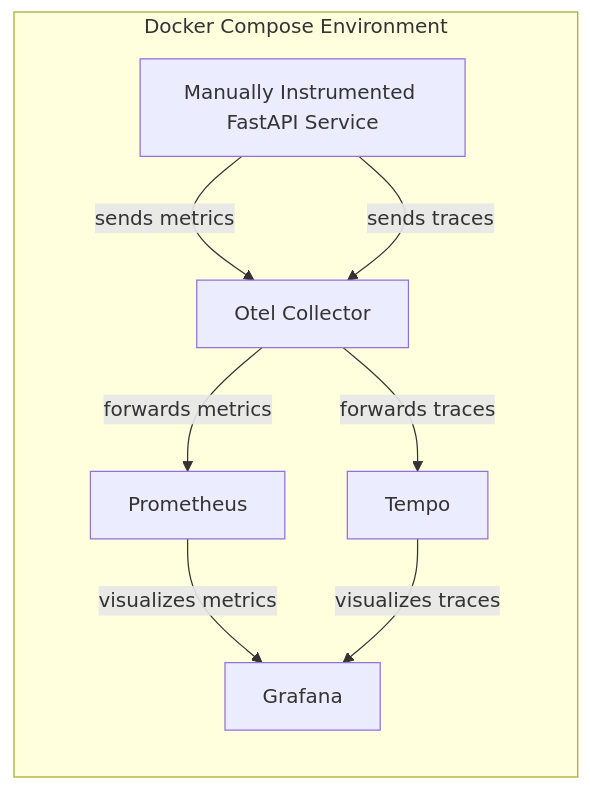
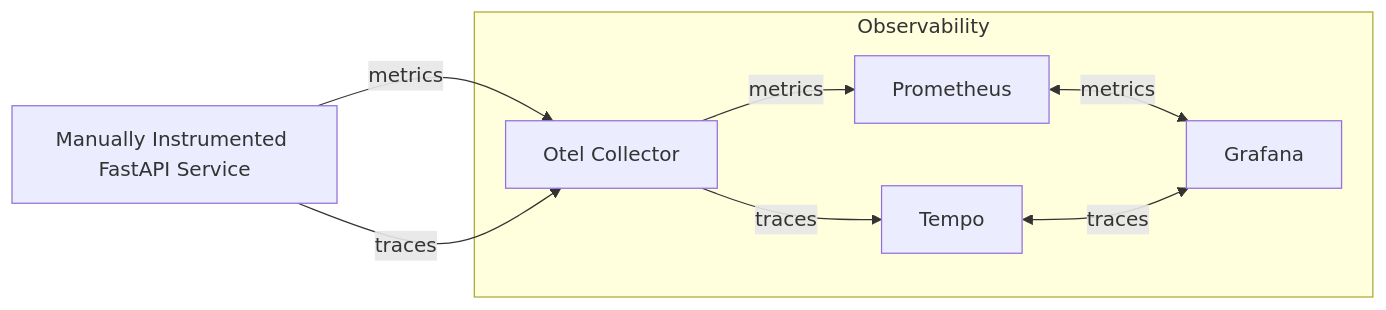
One commit to patex1987/fastapi_otel_prometheus_grafana_poc changed the diagram in documentation_assets/service_architecture.mmd. Above: the diagram before and after it, drawn with Mermaid. The commit also changed 1 other file, not shown here.

Commit message:
architecture schema updated

```diff
--- a/documentation_assets/service_architecture.mmd
+++ b/documentation_assets/service_architecture.mmd
@@ -1,15 +1,17 @@
 flowchart LR
-    subgraph "Docker Compose Environment"
+
       FA[Manually Instrumented FastAPI Service]
-      OC[Otel Collector]
-      P[Prometheus]
-      T[Tempo]
-      G[Grafana]
-    end
+      subgraph Observability
+          OC[Otel Collector]
+          P[Prometheus]
+          T[Tempo]
+          G[Grafana]
+      end
 
-    FA -- "sends metrics" --> OC
-    FA -- "sends traces" --> OC
-    OC -- "forwards metrics" --> P
-    OC -- "forwards traces" --> T
-    P -- "visualizes metrics" --> G
-    T -- "visualizes traces" --> G
+
+    FA -- "metrics" --> OC
+    FA -- "traces" --> OC
+    OC -- "metrics" --> P
+    OC -- "traces" --> T
+    P <-- "metrics" --> G
+    T <-- "traces" --> G
```
